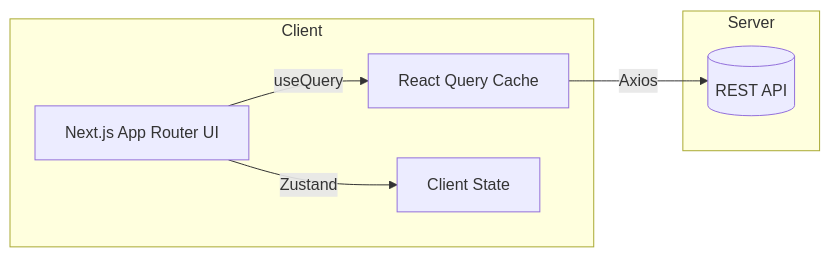
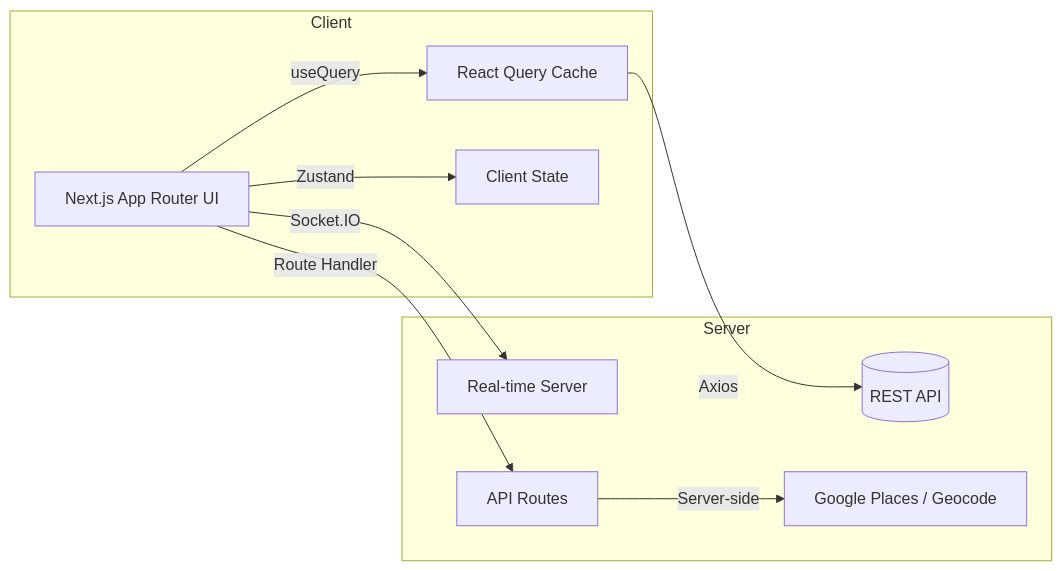
Before and after one commit to Team-Omechu/omechu-v2: the diagram in README.md, drawn with Mermaid. The commit also changed other lines of this file, not shown here.

````diff
--- a/README.md
+++ b/README.md
@@ -66,14 +69,20 @@
 ```mermaid
 flowchart LR
   UI[Next.js App Router UI] -->|useQuery| RQ[React Query Cache]
   RQ -->|Axios| API[(REST API)]
   UI -->|Zustand| CS[Client State]
+  UI -->|Socket.IO| RT[Real-time Server]
+  UI -->|Route Handler| PROXY[API Routes]
+  PROXY -->|Server-side| GAPI[Google Places / Geocode]
   subgraph Client
     UI
     RQ
     CS
   end
   subgraph Server
     API
+    RT
+    PROXY
+    GAPI
   end
 ```
````
